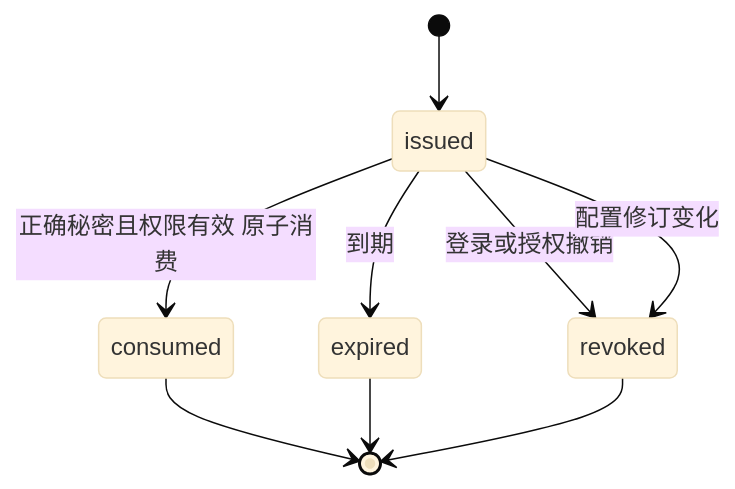
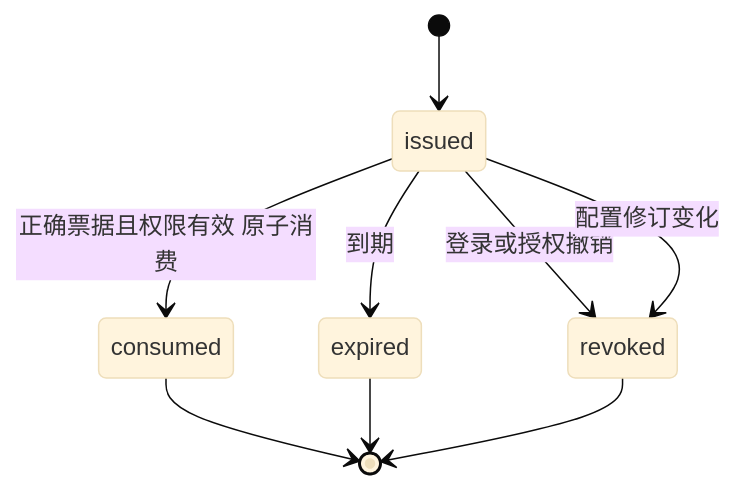
Before and after one commit to NotPeppa/zeroterm-terminal: the third of 4 diagrams in design.md, drawn with Mermaid (base theme). The commit also changed other lines of this file and 36 other files, not shown here.

````diff
--- a/design.md
+++ b/design.md
@@ -415,11 +471,11 @@
 ```mermaid
 stateDiagram-v2
     [*] --> issued
-    issued --> consumed: 正确秘密且权限有效 原子消费
+    issued --> consumed: 正确票据且权限有效 原子消费
     issued --> expired: 到期
     issued --> revoked: 登录或授权撤销
     issued --> revoked: 配置修订变化
     consumed --> [*]
     expired --> [*]
     revoked --> [*]
 ```
````
